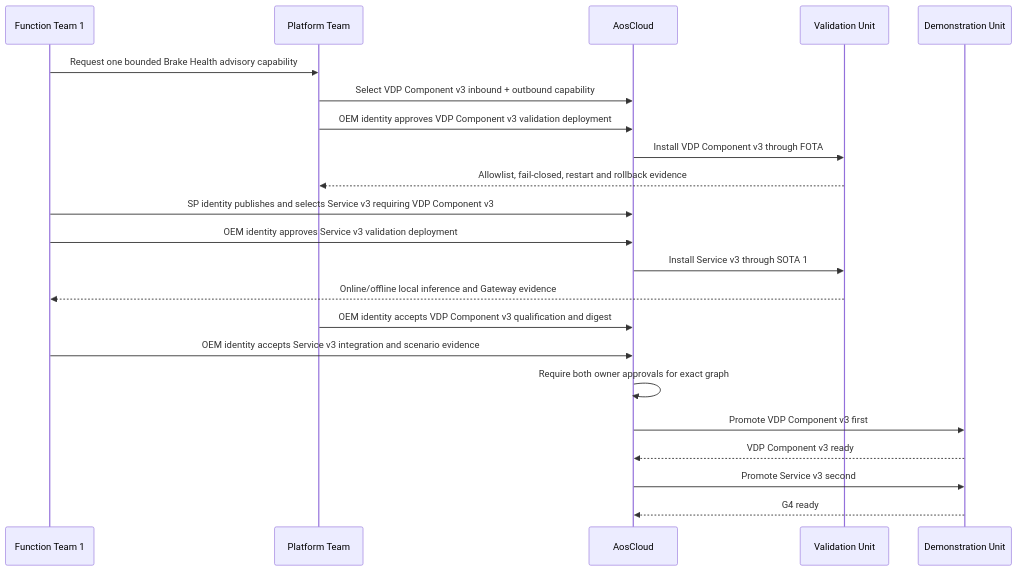
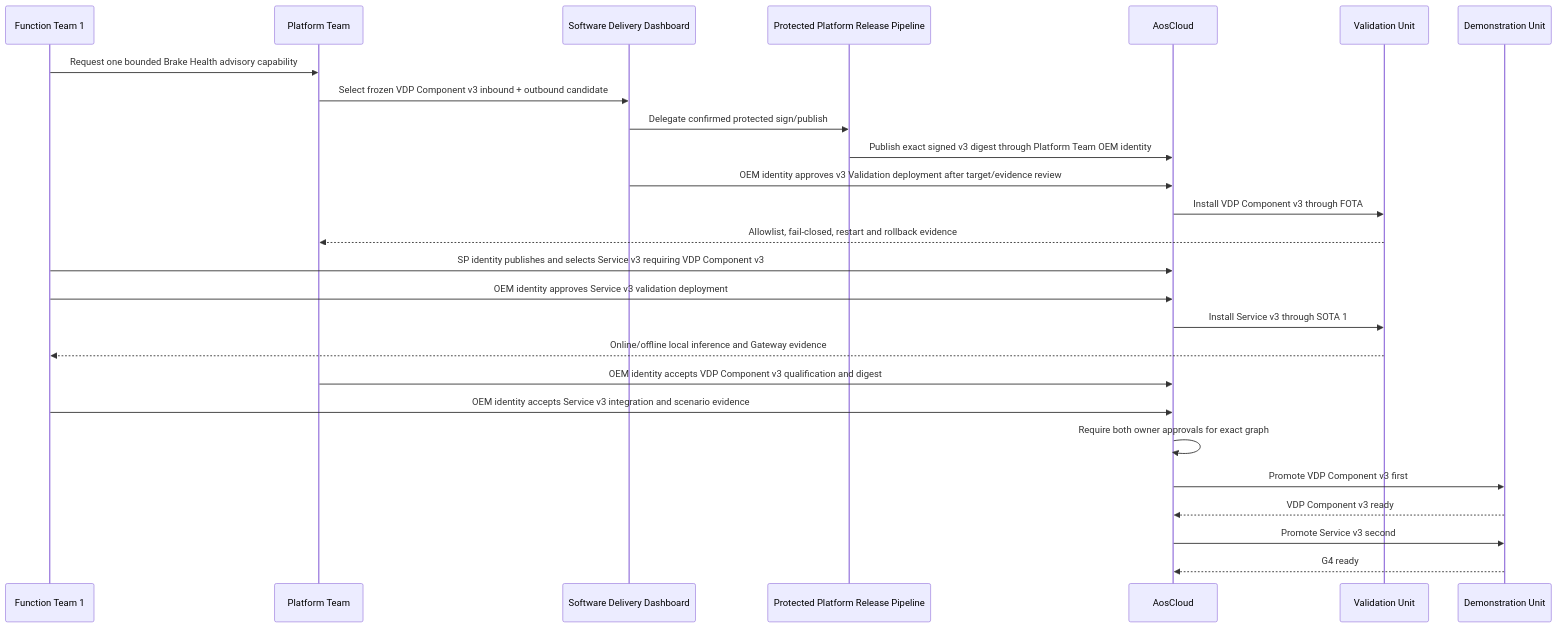
Before and after one commit to alexmaninblack/aosedge-sdv-demo: diagram 14 of 21 in docs/architecture/demo-scenario-architecture-flows.md, drawn with Mermaid. The commit also changed other lines of this file and 72 other files, not shown here.

Commit message:
docs: checkpoint demo architecture and requirements baseline

````diff
--- a/docs/architecture/demo-scenario-architecture-flows.md
+++ b/docs/architecture/demo-scenario-architecture-flows.md
@@ -789,25 +814,29 @@
 ```mermaid
 sequenceDiagram
     participant FT1 as Function Team 1
     participant PT as Platform Team
+    participant SD as Software Delivery Dashboard
+    participant PP as Protected Platform Release Pipeline
     participant AC as AosCloud
     participant VU as Validation Unit
     participant DU as Demonstration Unit
 
     FT1->>PT: Request one bounded Brake Health advisory capability
-    PT->>AC: Select VDP Component v3 inbound + outbound capability
-    PT->>AC: OEM identity approves VDP Component v3 validation deployment
+    PT->>SD: Select frozen VDP Component v3 inbound + outbound candidate
+    SD->>PP: Delegate confirmed protected sign/publish
+    PP->>AC: Publish exact signed v3 digest through Platform Team OEM identity
+    SD->>AC: OEM identity approves v3 Validation deployment after target/evidence review
     AC->>VU: Install VDP Component v3 through FOTA
     VU-->>PT: Allowlist, fail-closed, restart and rollback evidence
     FT1->>AC: SP identity publishes and selects Service v3 requiring VDP Component v3
     FT1->>AC: OEM identity approves Service v3 validation deployment
     AC->>VU: Install Service v3 through SOTA 1
     VU-->>FT1: Online/offline local inference and Gateway evidence
     PT->>AC: OEM identity accepts VDP Component v3 qualification and digest
     FT1->>AC: OEM identity accepts Service v3 integration and scenario evidence
     AC->>AC: Require both owner approvals for exact graph
     AC->>DU: Promote VDP Component v3 first
     DU-->>AC: VDP Component v3 ready
     AC->>DU: Promote Service v3 second
     DU-->>AC: G4 ready
 ```
````
